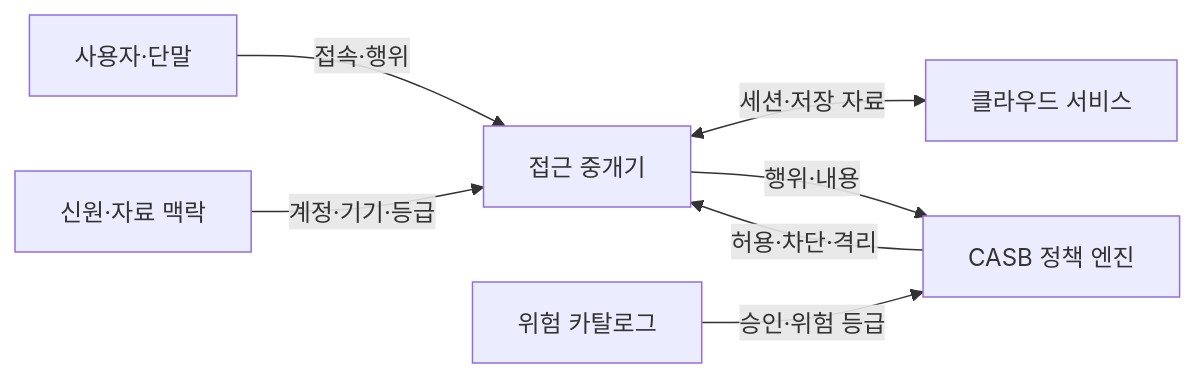
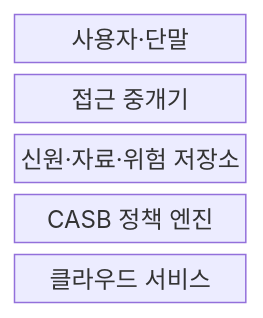
One commit to agnusdei1207/knowledge-base changed the first of 2 diagrams in src/content/docs/notes/04-network/092_casb.md. Above: the diagram before and after it, drawn with Mermaid. The commit also changed other lines of this file and 21 other files, not shown here.

````diff
--- a/src/content/docs/notes/04-network/092_casb.md
+++ b/src/content/docs/notes/04-network/092_casb.md
@@ -53,9 +53,9 @@
 ```mermaid
-flowchart LR
-    A["사용자·단말"] -->|접속·행위| B["접근 중개기"]
-    C["신원·자료 맥락"] -->|계정·기기·등급| B
-    B <-->|세션·저장 자료| D["클라우드 서비스"]
-    E["위험 카탈로그"] -->|승인·위험 등급| F["CASB 정책 엔진"]
-    B -->|행위·내용| F
-    F -->|허용·차단·격리| B
+block-beta
+    columns 1
+    USER["사용자·단말"]
+    BROKER["접근 중개기"]
+    CONTEXT["신원·자료·위험 저장소"]
+    POLICY["CASB 정책 엔진"]
+    CLOUD["클라우드 서비스"]
 ```
````
